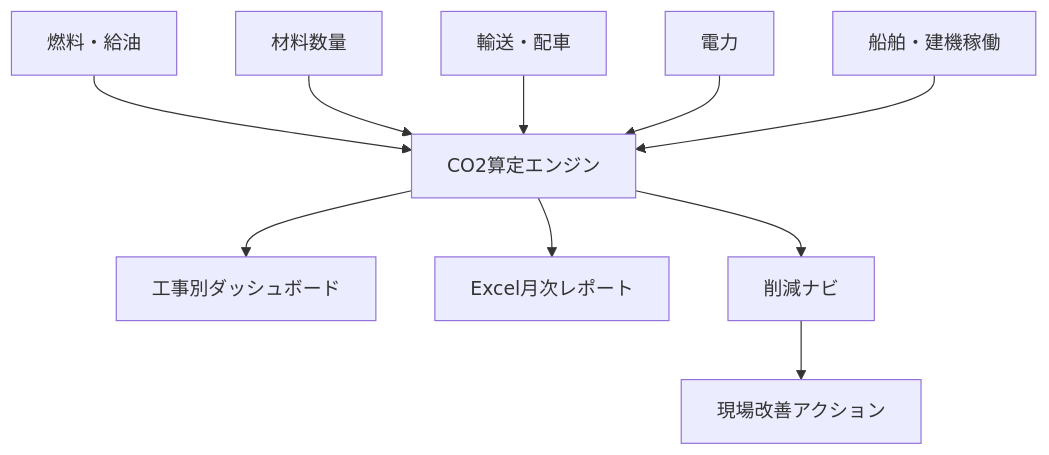
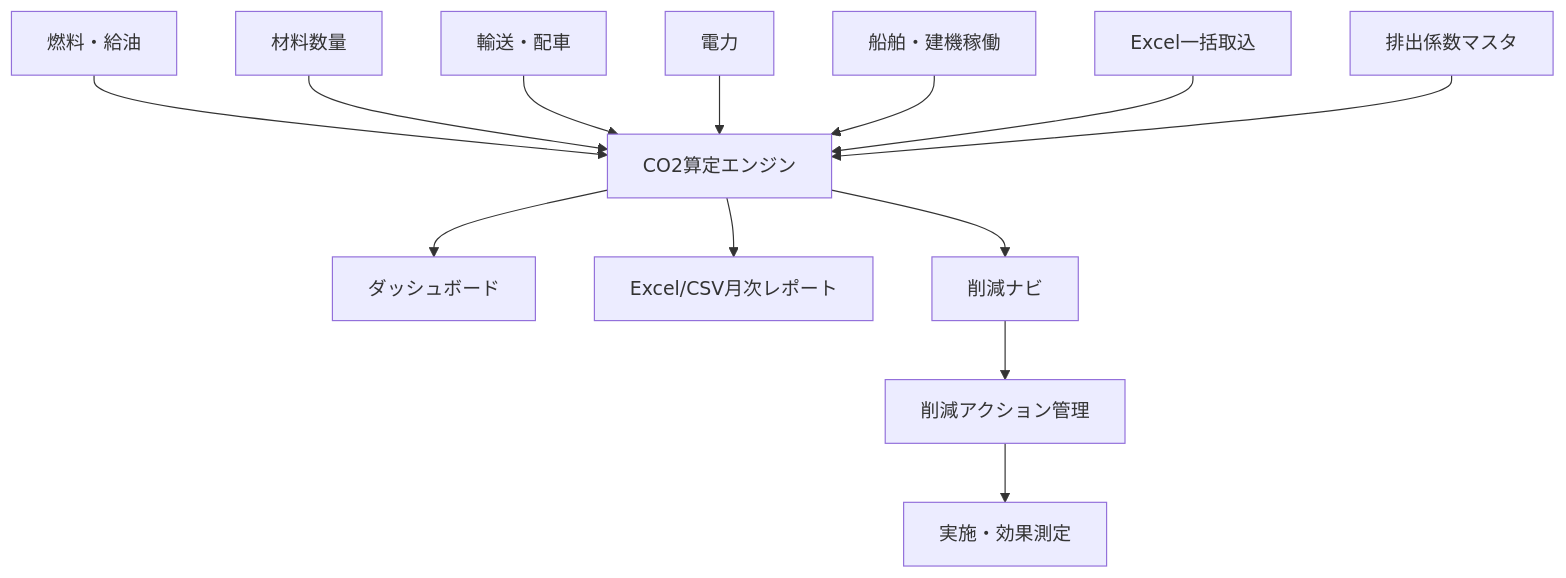
The first of 2 diagrams in README.md (Kensan196948G/MIRAI_Site_Carbon_Navigator), drawn with Mermaid before and after one commit. The commit also changed other lines of this file and 29 other files, not shown here.

````diff
--- a/README.md
+++ b/README.md
@@ -11,12 +11,15 @@
 ```mermaid
 flowchart TB
   Fuel["燃料・給油"] --> Calc["CO2算定エンジン"]
   Material["材料数量"] --> Calc
   Transport["輸送・配車"] --> Calc
   Power["電力"] --> Calc
   Machine["船舶・建機稼働"] --> Calc
-  Calc --> Dashboard["工事別ダッシュボード"]
-  Calc --> Report["Excel月次レポート"]
+  Excel["Excel一括取込"] --> Calc
+  Factor["排出係数マスタ"] --> Calc
+  Calc --> Dashboard["ダッシュボード"]
+  Calc --> Report["Excel/CSV月次レポート"]
   Calc --> Navi["削減ナビ"]
-  Navi --> Action["現場改善アクション"]
+  Navi --> Action["削減アクション管理"]
+  Action --> Improvement["実施・効果測定"]
 ```
````
